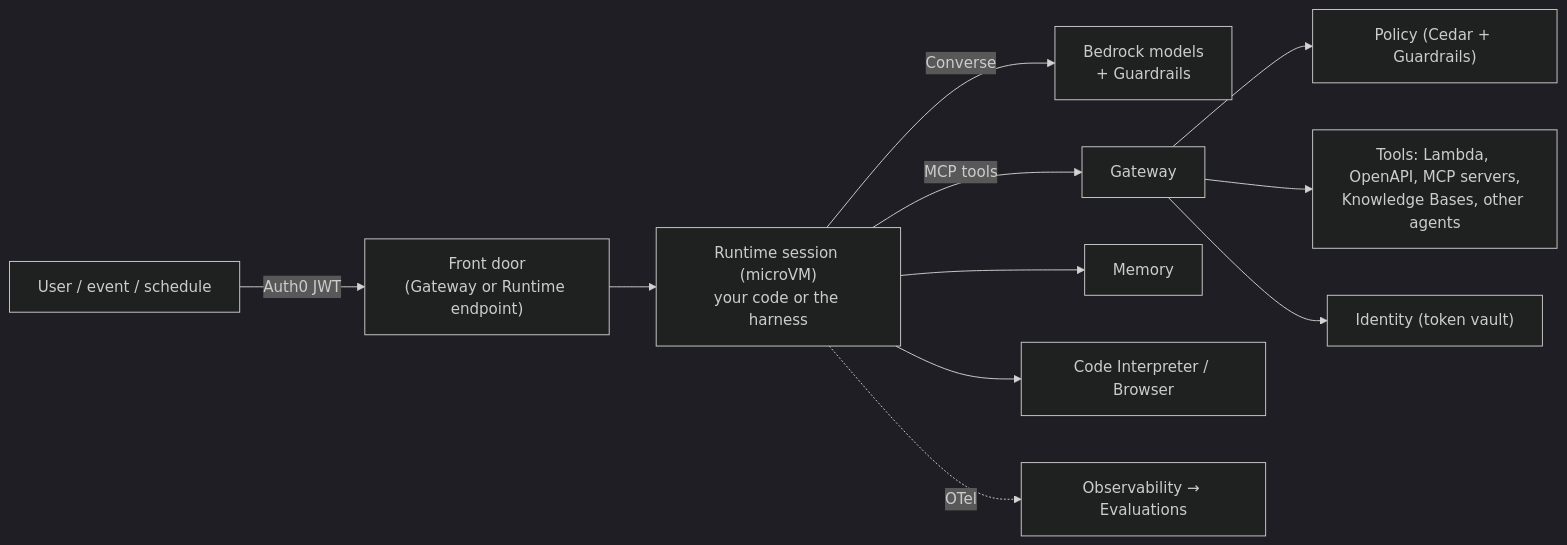
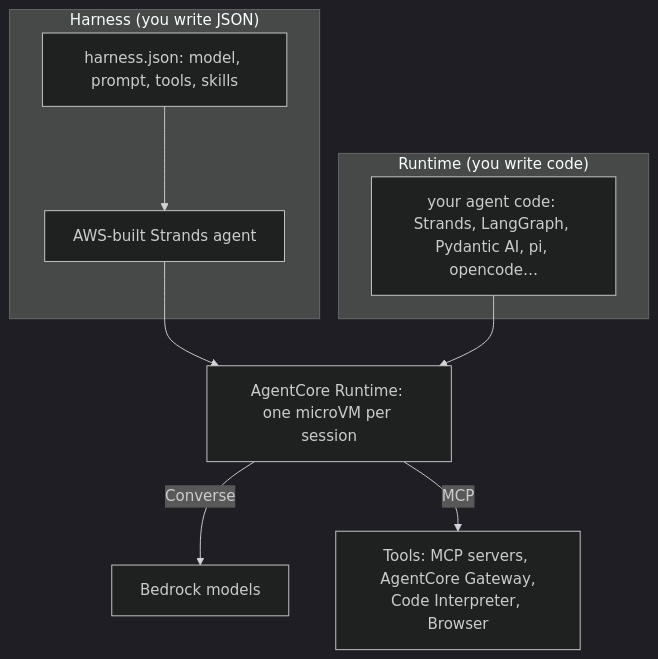
The first of 3 diagrams in AGENTCORE_BEDROCK_LANDSCAPE.md (e6qu/hairballs), drawn with Mermaid (dark theme) before and after one commit. The commit also changed other lines of this file and 1 other file, not shown here.

First line of the commit message:
Rewrite the AgentCore/Bedrock doc as a step-by-step developer introduction

````diff
--- a/AGENTCORE_BEDROCK_LANDSCAPE.md
+++ b/AGENTCORE_BEDROCK_LANDSCAPE.md
@@ -61,13 +29,13 @@
 ```mermaid
-flowchart LR
-  U["User / event / schedule"] -->|"Auth0 JWT"| FD["Front door<br/>(Gateway or Runtime endpoint)"]
-  FD --> RT["Runtime session (microVM)<br/>your code or the harness"]
-  RT -->|"Converse"| BR["Bedrock models<br/>+ Guardrails"]
-  RT -->|"MCP tools"| GW["Gateway"]
-  GW --> PO["Policy (Cedar + Guardrails)"]
-  GW --> TGT["Tools: Lambda, OpenAPI, MCP servers,<br/>Knowledge Bases, other agents"]
-  RT --> ME["Memory"]
-  RT --> TL["Code Interpreter / Browser"]
-  GW --> ID["Identity (token vault)"]
-  RT -. "OTel" .-> OB["Observability → Evaluations"]
+flowchart TB
+  subgraph H["Harness (you write JSON)"]
+    CFG["harness.json: model, prompt, tools, skills"] --> SA["AWS-built Strands agent"]
+  end
+  subgraph R["Runtime (you write code)"]
+    CODE["your agent code: Strands, LangGraph, Pydantic AI, pi, opencode…"]
+  end
+  SA --> VM["AgentCore Runtime: one microVM per session"]
+  CODE --> VM
+  VM -->|"Converse"| BR["Bedrock models"]
+  VM -->|"MCP"| TOOLS["Tools: MCP servers, AgentCore Gateway,<br/>Code Interpreter, Browser"]
 ```
````
